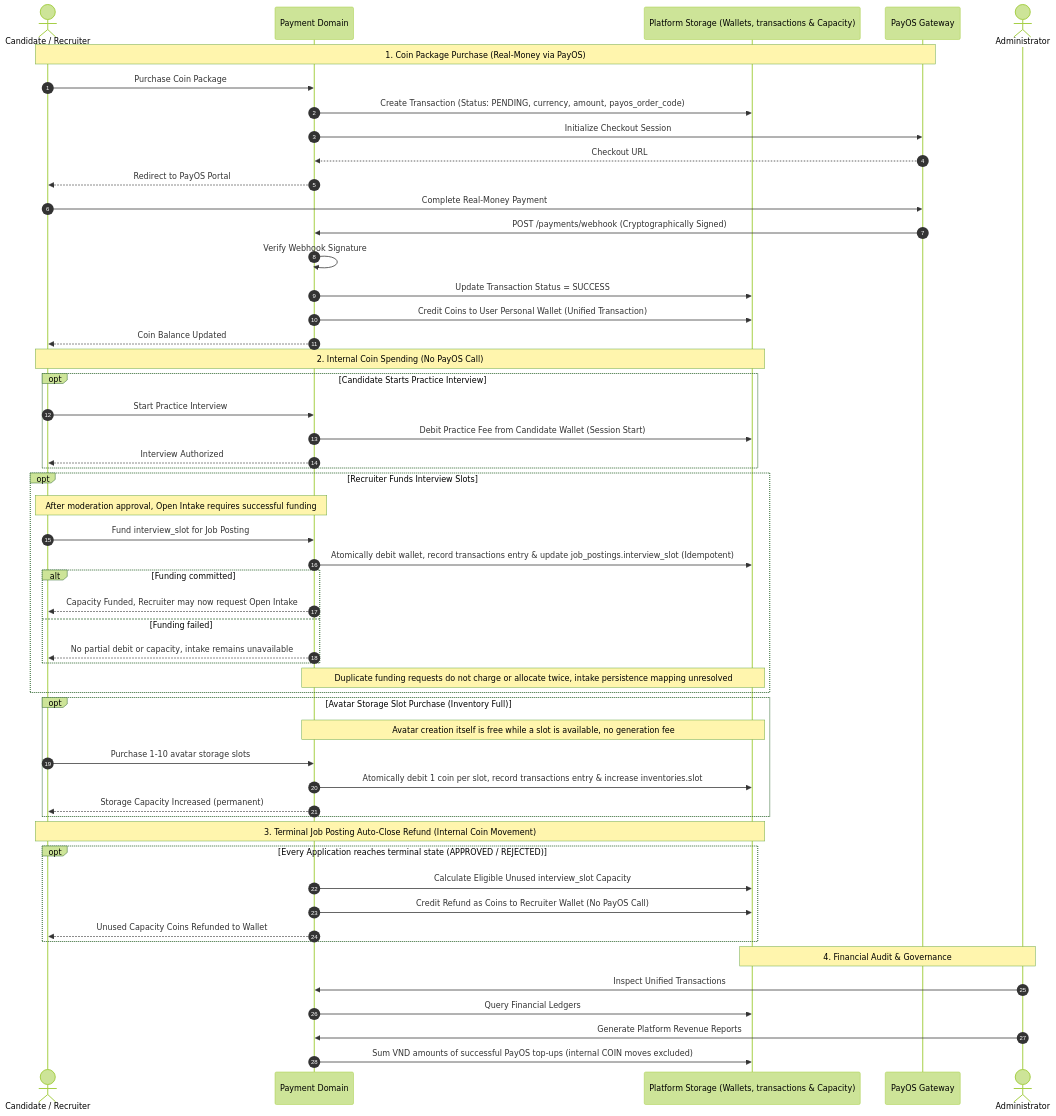
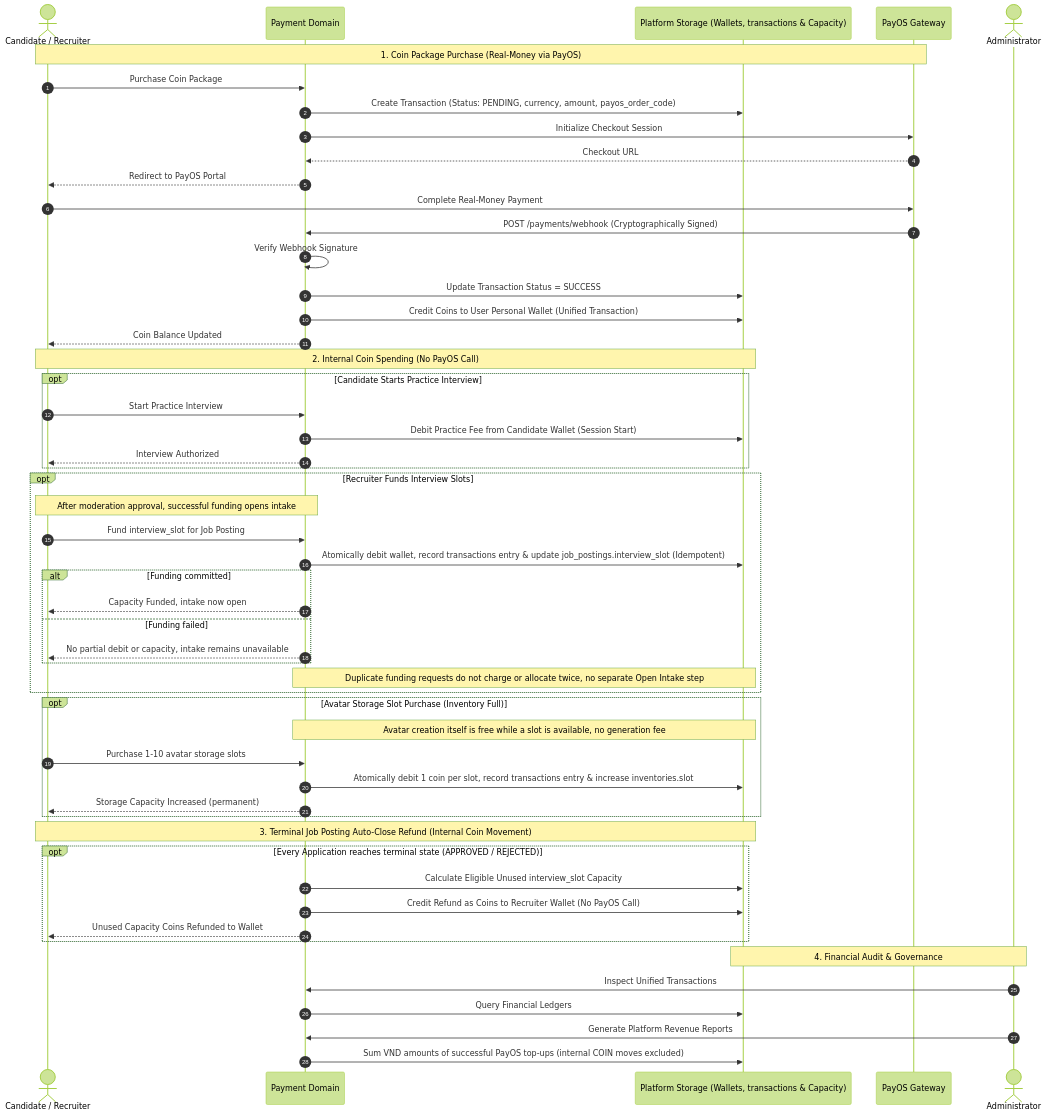
One commit to cog-forge/role-cue-brain changed the diagram in 01_Domains/Payment/README.md. Above: the diagram before and after it, drawn with Mermaid (forest theme). The commit also changed other lines of this file and 12 other files, not shown here.

Commit message:
docs(brain): settle the approval, funding and open-intake mapping

````diff
--- a/01_Domains/Payment/README.md
+++ b/01_Domains/Payment/README.md
@@ -77,59 +77,59 @@
 ```mermaid
 sequenceDiagram
     autonumber
     actor User as Candidate / Recruiter
     participant Pay as Payment Domain
     participant DB as Platform Storage (Wallets, transactions & Capacity)
     participant PayOS as PayOS Gateway
     actor Admin as Administrator
 
     Note over User,PayOS: 1. Coin Package Purchase (Real-Money via PayOS)
     User->>Pay: Purchase Coin Package
     Pay->>DB: Create Transaction (Status: PENDING, currency, amount, payos_order_code)
     Pay->>PayOS: Initialize Checkout Session
     PayOS-->>Pay: Checkout URL
     Pay-->>User: Redirect to PayOS Portal
     User->>PayOS: Complete Real-Money Payment
     PayOS->>Pay: POST /payments/webhook (Cryptographically Signed)
     Pay->>Pay: Verify Webhook Signature
     Pay->>DB: Update Transaction Status = SUCCESS
     Pay->>DB: Credit Coins to User Personal Wallet (Unified Transaction)
     Pay-->>User: Coin Balance Updated
 
     Note over User,DB: 2. Internal Coin Spending (No PayOS Call)
     opt Candidate Starts Practice Interview
         User->>Pay: Start Practice Interview
         Pay->>DB: Debit Practice Fee from Candidate Wallet (Session Start)
         Pay-->>User: Interview Authorized
     end
     opt Recruiter Funds Interview Slots
-        Note over User,Pay: After moderation approval, Open Intake requires successful funding
+        Note over User,Pay: After moderation approval, successful funding opens intake
         User->>Pay: Fund interview_slot for Job Posting
         Pay->>DB: Atomically debit wallet, record transactions entry & update job_postings.interview_slot (Idempotent)
         alt Funding committed
-            Pay-->>User: Capacity Funded, Recruiter may now request Open Intake
+            Pay-->>User: Capacity Funded, intake now open
         else Funding failed
             Pay-->>User: No partial debit or capacity, intake remains unavailable
         end
-        Note over Pay,DB: Duplicate funding requests do not charge or allocate twice, intake persistence mapping unresolved
+        Note over Pay,DB: Duplicate funding requests do not charge or allocate twice, no separate Open Intake step
     end
     opt Avatar Storage Slot Purchase (Inventory Full)
         Note over Pay,DB: Avatar creation itself is free while a slot is available, no generation fee
         User->>Pay: Purchase 1-10 avatar storage slots
         Pay->>DB: Atomically debit 1 coin per slot, record transactions entry & increase inventories.slot
         Pay-->>User: Storage Capacity Increased (permanent)
     end
 
     Note over User,DB: 3. Terminal Job Posting Auto-Close Refund (Internal Coin Movement)
     opt Every Application reaches terminal state (APPROVED / REJECTED)
         Pay->>DB: Calculate Eligible Unused interview_slot Capacity
         Pay->>DB: Credit Refund as Coins to Recruiter Wallet (No PayOS Call)
         Pay-->>User: Unused Capacity Coins Refunded to Wallet
     end
 
     Note over Admin,DB: 4. Financial Audit & Governance
     Admin->>Pay: Inspect Unified Transactions
     Pay->>DB: Query Financial Ledgers
     Admin->>Pay: Generate Platform Revenue Reports
     Pay->>DB: Sum VND amounts of successful PayOS top-ups (internal COIN moves excluded)
 ```
````
